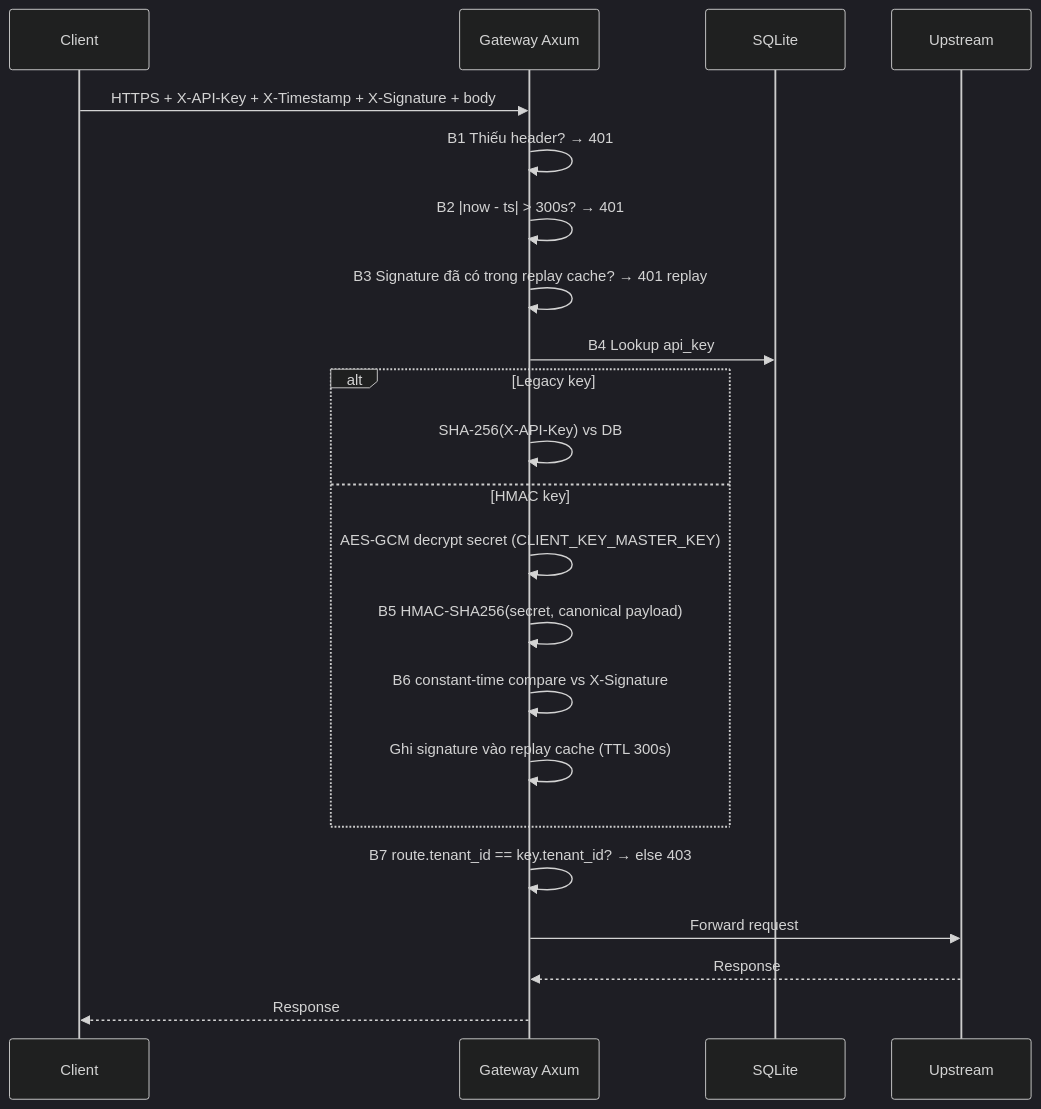
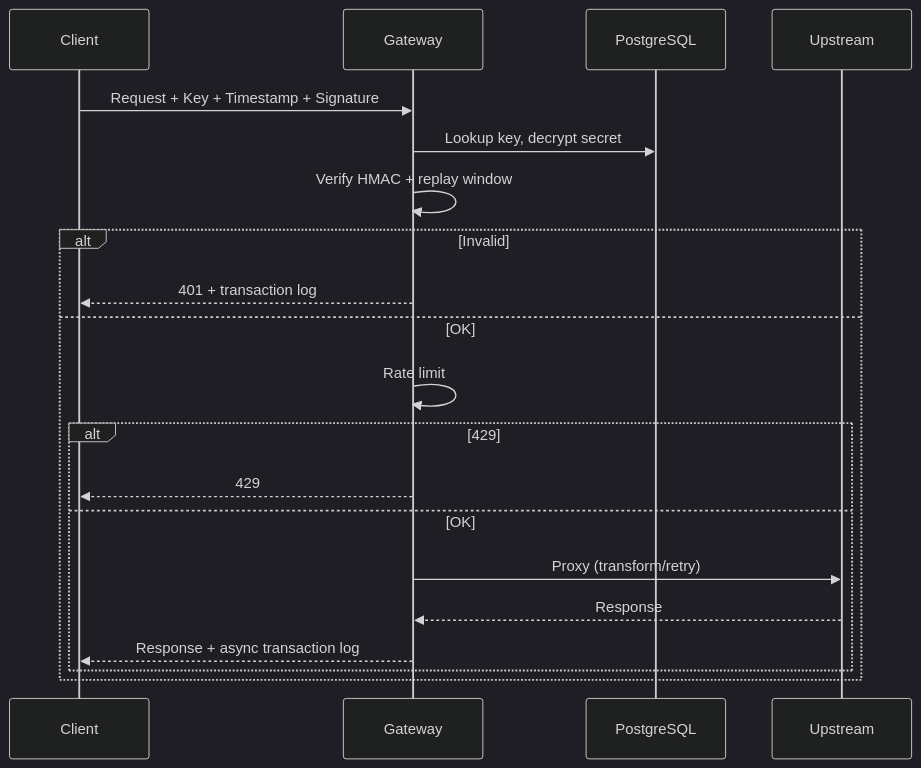
The diagram in docs/HMAC_MIDDLEWARE_FLOW.md (thientinh651/API-Gateway-Integration-Platform), drawn with Mermaid (dark theme) before and after one commit. The commit also changed other lines of this file and 174 other files, not shown here.

````diff
--- a/docs/HMAC_MIDDLEWARE_FLOW.md
+++ b/docs/HMAC_MIDDLEWARE_FLOW.md
@@ -3,25 +23,23 @@
 ```mermaid
 sequenceDiagram
-    participant C as Client
-    participant G as Gateway Axum
-    participant DB as SQLite
-    participant U as Upstream
+  participant C as Client
+  participant G as Gateway
+  participant DB as PostgreSQL
+  participant U as Upstream
 
-    C->>G: HTTPS + X-API-Key + X-Timestamp + X-Signature + body
-    G->>G: B1 Thiếu header? → 401
-    G->>G: B2 |now - ts| > 300s? → 401
-    G->>G: B3 Signature đã có trong replay cache? → 401 replay
-    G->>DB: B4 Lookup api_key
-    alt Legacy key
-        G->>G: SHA-256(X-API-Key) vs DB
-    else HMAC key
-        G->>G: AES-GCM decrypt secret (CLIENT_KEY_MASTER_KEY)
-        G->>G: B5 HMAC-SHA256(secret, canonical payload)
-        G->>G: B6 constant-time compare vs X-Signature
-        G->>G: Ghi signature vào replay cache (TTL 300s)
+  C->>G: Request + Key + Timestamp + Signature
+  G->>DB: Lookup key, decrypt secret
+  G->>G: Verify HMAC + replay window
+  alt Invalid
+    G-->>C: 401 + transaction log
+  else OK
+    G->>G: Rate limit
+    alt 429
+      G-->>C: 429
+    else OK
+      G->>U: Proxy (transform/retry)
+      U-->>G: Response
+      G-->>C: Response + async transaction log
     end
-    G->>G: B7 route.tenant_id == key.tenant_id? → else 403
-    G->>U: Forward request
-    U-->>G: Response
-    G-->>C: Response
+  end
 ```
````
